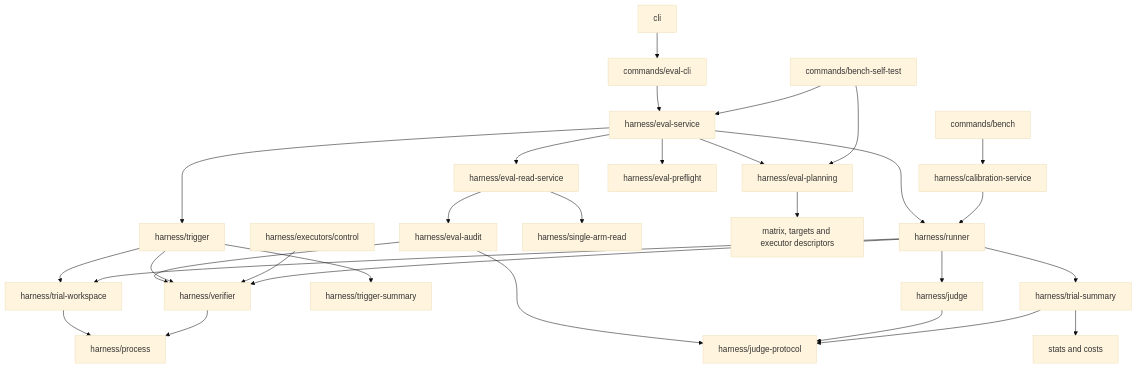
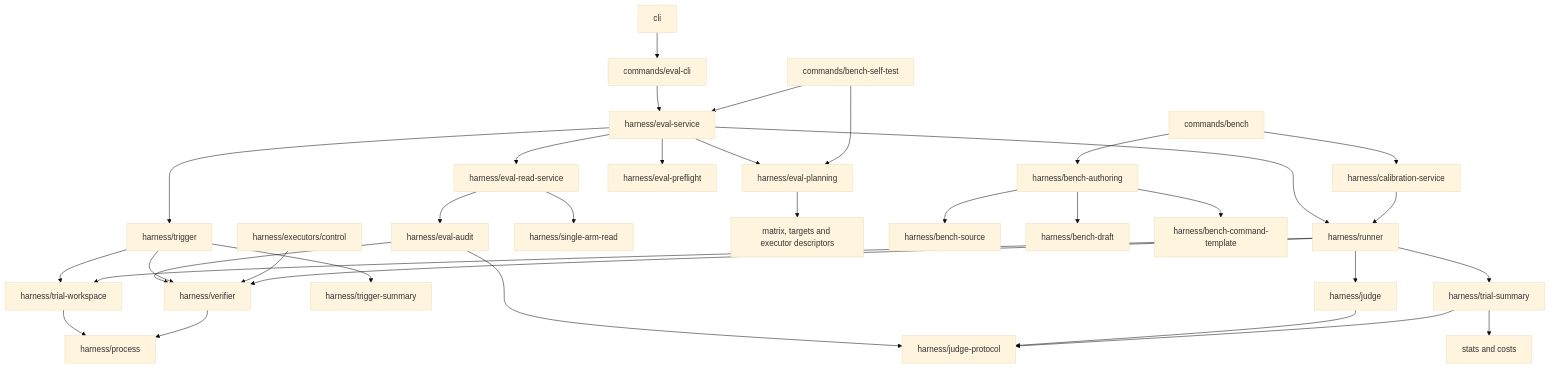
Before and after one commit to remote-controlled-man/skillfit: the second of 2 diagrams in docs/architecture-boundaries.md, drawn with Mermaid (base theme). The commit also changed other lines of this file and 45 other files, not shown here.

Commit message:
refactor: finish bench authoring and architecture boundaries

````diff
--- a/docs/architecture-boundaries.md
+++ b/docs/architecture-boundaries.md
@@ -49,32 +49,36 @@
 ```mermaid
 flowchart TD
     CLI["cli"] --> EvalCLI["commands/eval-cli"]
     EvalCLI --> Service["harness/eval-service"]
     Service --> Plan["harness/eval-planning"]
     Service --> Read["harness/eval-read-service"]
     Service --> Runner["harness/runner"]
     Service --> Trigger["harness/trigger"]
     Service --> Gate["harness/eval-preflight"]
     Read --> Audit["harness/eval-audit"]
     Read --> Single["harness/single-arm-read"]
     Plan --> Integration["matrix, targets and executor descriptors"]
     Bench["commands/bench"] --> Calibration["harness/calibration-service"]
+    Bench --> Authoring["harness/bench-authoring"]
+    Authoring --> Source["harness/bench-source"]
+    Authoring --> Draft["harness/bench-draft"]
+    Authoring --> Template["harness/bench-command-template"]
     Calibration --> Runner
     SelfTest["commands/bench-self-test"] --> Plan
     SelfTest --> Service
     Audit --> Verifier["harness/verifier"]
     Audit --> Protocol["harness/judge-protocol"]
     Trigger --> Workspace["harness/trial-workspace"]
     Trigger --> Verifier
     Trigger --> TriggerSummary["harness/trigger-summary"]
     Control["harness/executors/control"] --> Verifier
     Runner --> Workspace
     Runner --> Verifier
     Runner --> Judge["harness/judge"]
     Runner --> Summary["harness/trial-summary"]
     Judge --> Protocol
     Summary --> Protocol
     Workspace --> Process["harness/process"]
     Verifier --> Process
     Summary --> Calc["stats and costs"]
 ```
````
